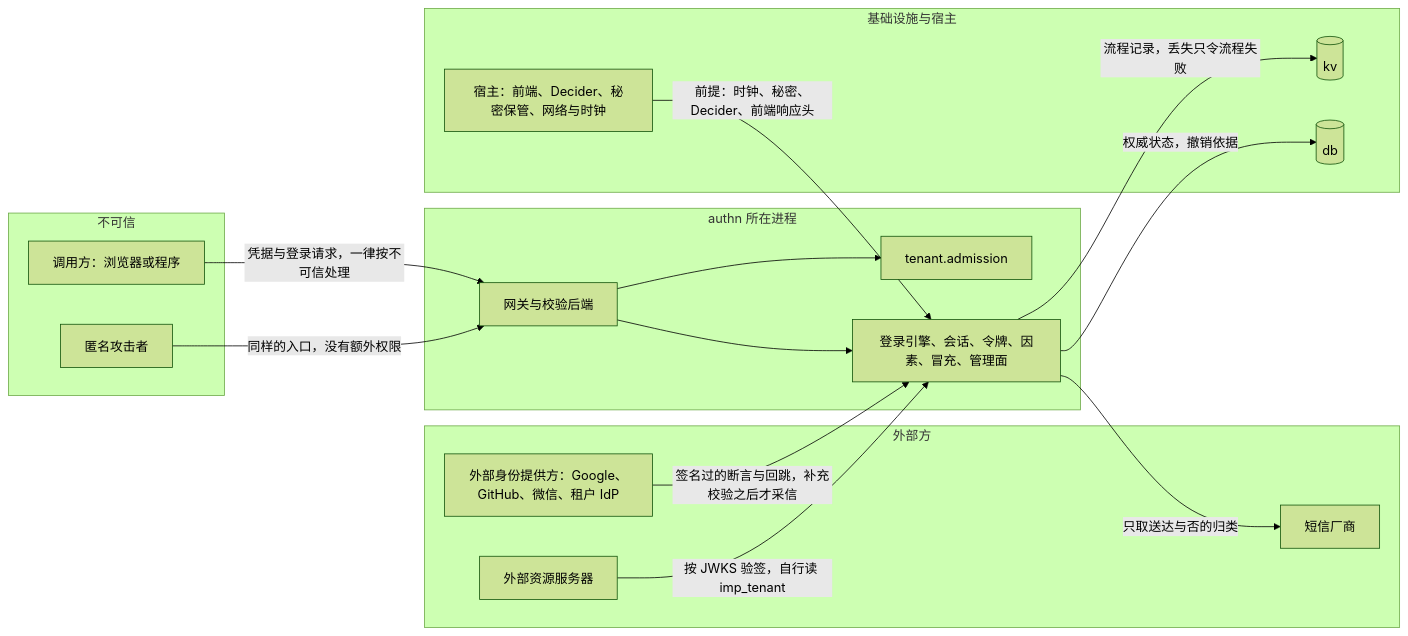
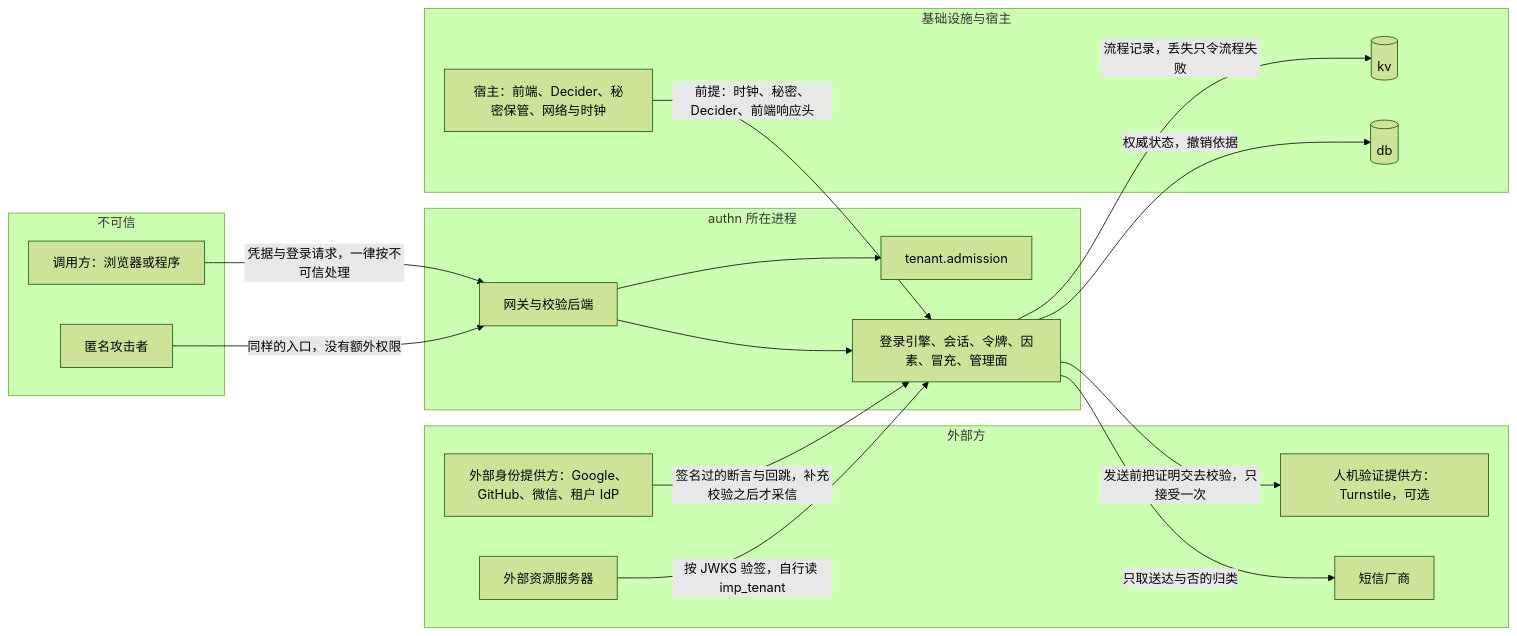
The first of 2 diagrams in docs/design/modules/authn/design-authn-threats.md (wangzw/speed), drawn with Mermaid (forest theme) before and after one commit. The commit also changed other lines of this file and 5 other files, not shown here.

````diff
--- a/docs/design/modules/authn/design-authn-threats.md
+++ b/docs/design/modules/authn/design-authn-threats.md
@@ -250,32 +251,34 @@
 ```mermaid
 flowchart LR
     subgraph untrusted["不可信"]
         caller["调用方：浏览器或程序"]
         attacker["匿名攻击者"]
     end
     subgraph external["外部方"]
         idp["外部身份提供方：Google、GitHub、微信、租户 IdP"]
         smsvendor["短信厂商"]
+        hv["人机验证提供方：Turnstile，可选"]
         rs["外部资源服务器"]
     end
     subgraph process["authn 所在进程"]
         gate["网关与校验后端"]
         engine["登录引擎、会话、令牌、因素、冒充、管理面"]
         adm["tenant.admission"]
     end
     subgraph infra["基础设施与宿主"]
         db[("db")]
         kv[("kv")]
         host["宿主：前端、Decider、秘密保管、网络与时钟"]
     end
     caller -->|"凭据与登录请求，一律按不可信处理"| gate
     attacker -->|"同样的入口，没有额外权限"| gate
     gate --> engine
     gate --> adm
     idp -->|"签名过的断言与回跳，补充校验之后才采信"| engine
     engine -->|"只取送达与否的归类"| smsvendor
+    engine -->|"发送前把证明交去校验，只接受一次"| hv
     rs -->|"按 JWKS 验签，自行读 imp_tenant"| engine
     engine -->|"权威状态，撤销依据"| db
     engine -->|"流程记录，丢失只令流程失败"| kv
     host -->|"前提：时钟、秘密、Decider、前端响应头"| engine
 ```
````
